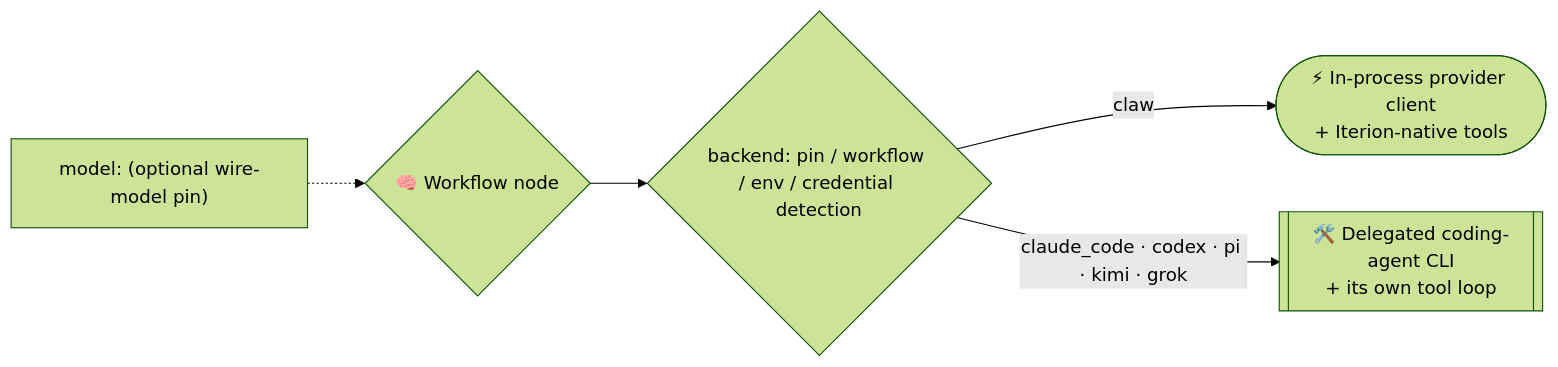
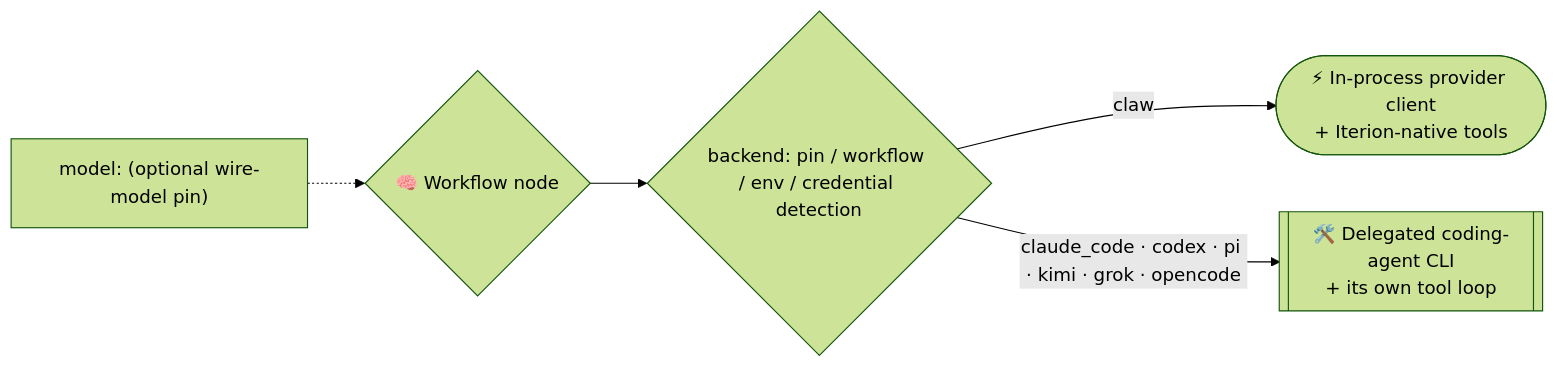
Before and after one commit to SocialGouv/iterion: the diagram in docs/backends.md, drawn with Mermaid (forest theme). The commit also changed other lines of this file and 12 other files, not shown here.

First line of the commit message:
docs: align 12 pages with the code the bot-resolution-overrides and bot-to-running-graph flows were drawn from

````diff
--- a/docs/backends.md
+++ b/docs/backends.md
@@ -15,7 +15,7 @@
 ```mermaid
 flowchart LR
   MODEL["model: (optional wire-model pin)"] -.-> NODE{"🧠 Workflow node"}
   NODE --> RESOLVE{"backend: pin / workflow / env / credential detection"}
   RESOLVE -->|"claw"| DIRECT(["⚡ In-process provider client<br/>+ Iterion-native tools"])
-  RESOLVE -->|"claude_code · codex · pi · kimi · grok"| CLI[["🛠️ Delegated coding-agent CLI<br/>+ its own tool loop"]]
+  RESOLVE -->|"claude_code · codex · pi · kimi · grok · opencode"| CLI[["🛠️ Delegated coding-agent CLI<br/>+ its own tool loop"]]
 ```
````
